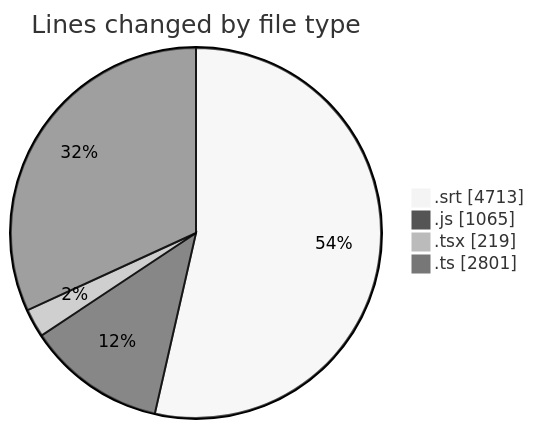
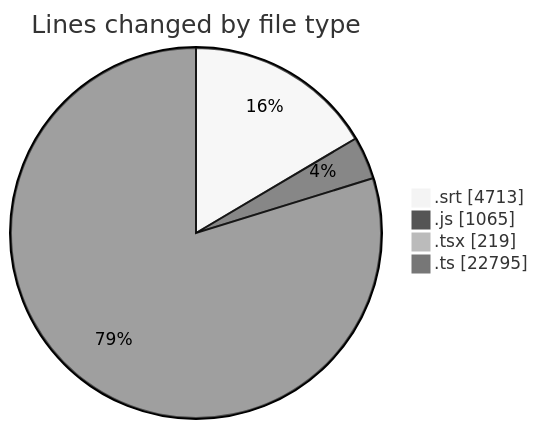
Before and after one commit to momahboobian/code-tracking: the first of 2 diagrams in 2026-09-21/cda/README.md, drawn with Mermaid (neutral theme). The commit also changed other lines of this file and 1 other file, not shown here.

````diff
--- a/2026-09-21/cda/README.md
+++ b/2026-09-21/cda/README.md
@@ -31,8 +33,8 @@
 ```mermaid
 pie showData
 title Lines changed by file type
 ".srt" : 4713
 ".js" : 1065
 ".tsx" : 219
-".ts" : 2801
+".ts" : 22795
 ```
````
